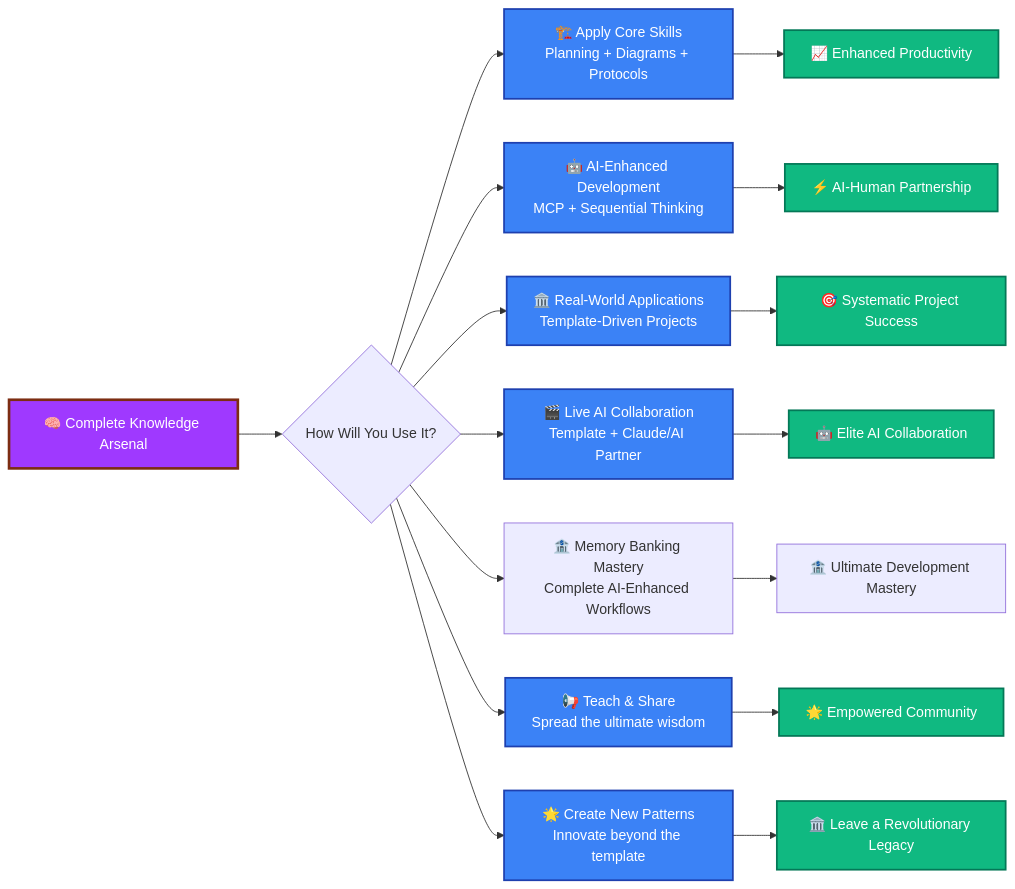
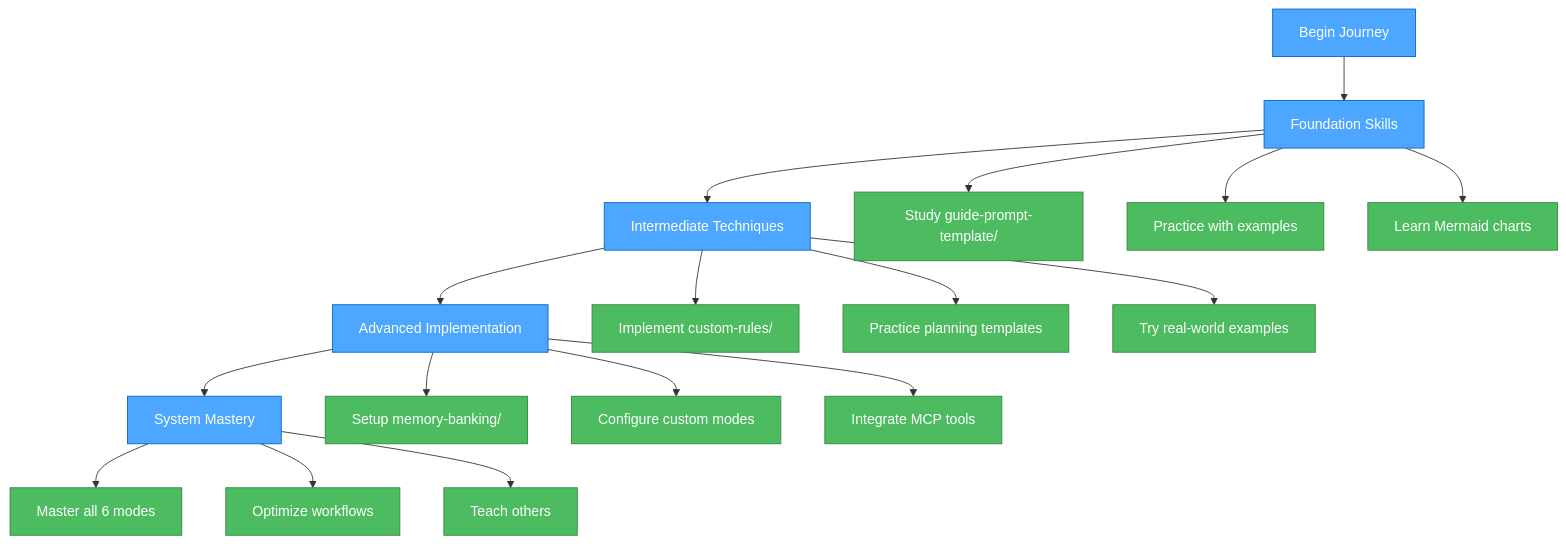
One commit to giang6283623/cursor-tip changed the eighth of 8 diagrams in README.md. Above: the diagram before and after it, drawn with Mermaid. The commit also changed other lines of this file and 7 other files, not shown here.

````diff
--- a/README.md
+++ b/README.md
@@ -1176,28 +318,29 @@
 ```mermaid
-graph LR
-    Knowledge[🧠 Complete Knowledge Arsenal] --> Apply{How Will You Use It?}
+graph TD
+    Begin[Begin Journey] --> Foundation[Foundation Skills]
+    Foundation --> Intermediate[Intermediate Techniques]
+    Intermediate --> Advanced[Advanced Implementation]
+    Advanced --> Mastery[System Mastery]
 
-    Apply --> CoreProjects[🏗️ Apply Core Skills<br/>Planning + Diagrams + Protocols]
-    Apply --> AIProjects[🤖 AI-Enhanced Development<br/>MCP + Sequential Thinking]
-    Apply --> RealWorld[🏛️ Real-World Applications<br/>Template-Driven Projects]
-    Apply --> LiveCollab[🎬 Live AI Collaboration<br/>Template + Claude/AI Partner]
-    Apply --> MemoryBanking[🏦 Memory Banking Mastery<br/>Complete AI-Enhanced Workflows]
-    Apply --> Teaching[📢 Teach & Share<br/>Spread the ultimate wisdom]
-    Apply --> Innovation[🌟 Create New Patterns<br/>Innovate beyond the template]
+    Foundation --> F1[Study guide-prompt-template/]
+    Foundation --> F2[Practice with examples]
+    Foundation --> F3[Learn Mermaid charts]
 
-    CoreProjects --> CoreSuccess[📈 Enhanced Productivity]
-    AIProjects --> AISuccess[⚡ AI-Human Partnership]
-    RealWorld --> RealSuccess[🎯 Systematic Project Success]
-    LiveCollab --> CollabSuccess[🤖 Elite AI Collaboration]
-    MemoryBanking --> UltimateSuccess[🏦 Ultimate Development Mastery]
-    Teaching --> Community[🌟 Empowered Community]
-    Innovation --> Legacy[🏛️ Leave a Revolutionary Legacy]
+    Intermediate --> I1[Implement custom-rules/]
+    Intermediate --> I2[Practice planning templates]
+    Intermediate --> I3[Try real-world examples]
 
-    classDef knowledge fill:#9f39ff,stroke:#7c2d12,stroke-width:3px,color:#fff
-    classDef action fill:#3b82f6,stroke:#1e40af,stroke-width:2px,color:#fff
-    classDef outcome fill:#10b981,stroke:#047857,stroke-width:2px,color:#fff
+    Advanced --> A1[Setup memory-banking/]
+    Advanced --> A2[Configure custom modes]
+    Advanced --> A3[Integrate MCP tools]
 
-    class Knowledge knowledge
-    class CoreProjects,AIProjects,RealWorld,LiveCollab,Teaching,Innovation action
-    class CoreSuccess,AISuccess,RealSuccess,CollabSuccess,Community,Legacy outcome
+    Mastery --> M1[Master all 6 modes]
+    Mastery --> M2[Optimize workflows]
+    Mastery --> M3[Teach others]
+
+    classDef phase fill:#4da6ff,stroke:#0066cc,color:white
+    classDef task fill:#4dbb5f,stroke:#36873f,color:white
+
+    class Begin,Foundation,Intermediate,Advanced,Mastery phase
+    class F1,F2,F3,I1,I2,I3,A1,A2,A3,M1,M2,M3 task
 ```
````
